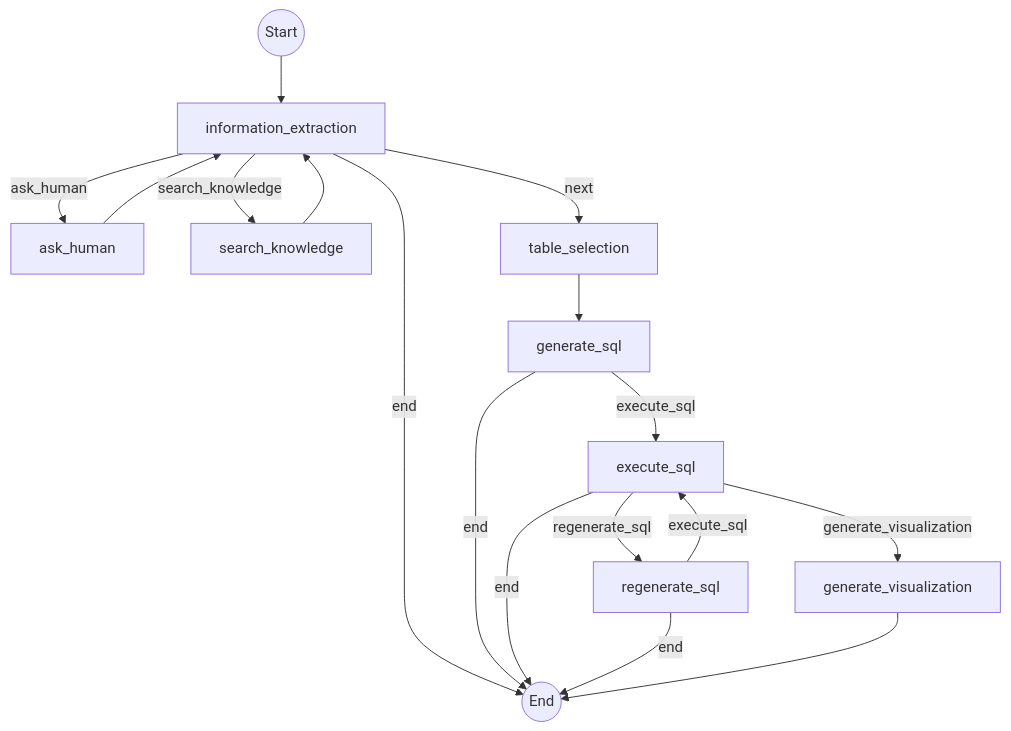
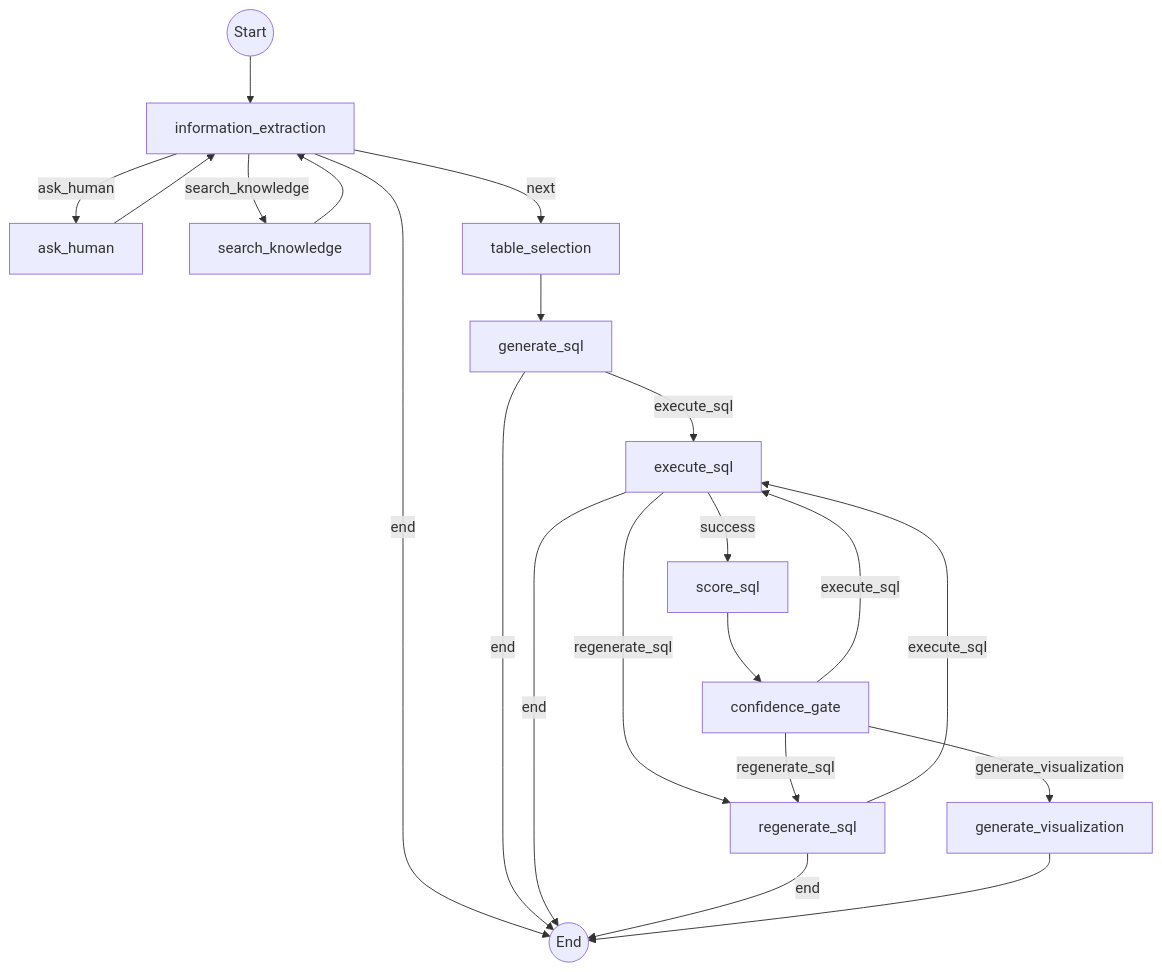
One commit to zhongyu09/openchatbi changed the second of 2 diagrams in README.md. Above: the diagram before and after it, drawn with Mermaid. The commit also changed other lines of this file, not shown here.

````diff
--- a/README.md
+++ b/README.md
@@ -392,26 +392,32 @@
 ```mermaid
 graph TD
     START((Start)) --> IE[information_extraction]
     
     IE -->|ask_human| AH[ask_human]
     IE -->|search_knowledge| SK[search_knowledge]
     IE -->|next| TS[table_selection]
     IE -->|end| END((End))
     
     AH --> IE
     SK --> IE
     
     TS --> GS[generate_sql]
     
     GS -->|execute_sql| ES[execute_sql]
     GS -->|end| END
     
-    ES -->|generate_visualization| GV[generate_visualization]
+    ES -->|success| SS[score_sql]
     ES -->|regenerate_sql| RS[regenerate_sql]
     ES -->|end| END
+
+    SS --> CG[confidence_gate]
+    
+    CG -->|generate_visualization| GV[generate_visualization]
+    CG -->|regenerate_sql| RS
+    CG -->|execute_sql| ES
     
     RS -->|execute_sql| ES
     RS -->|end| END
     
     GV --> END
 ```
````
